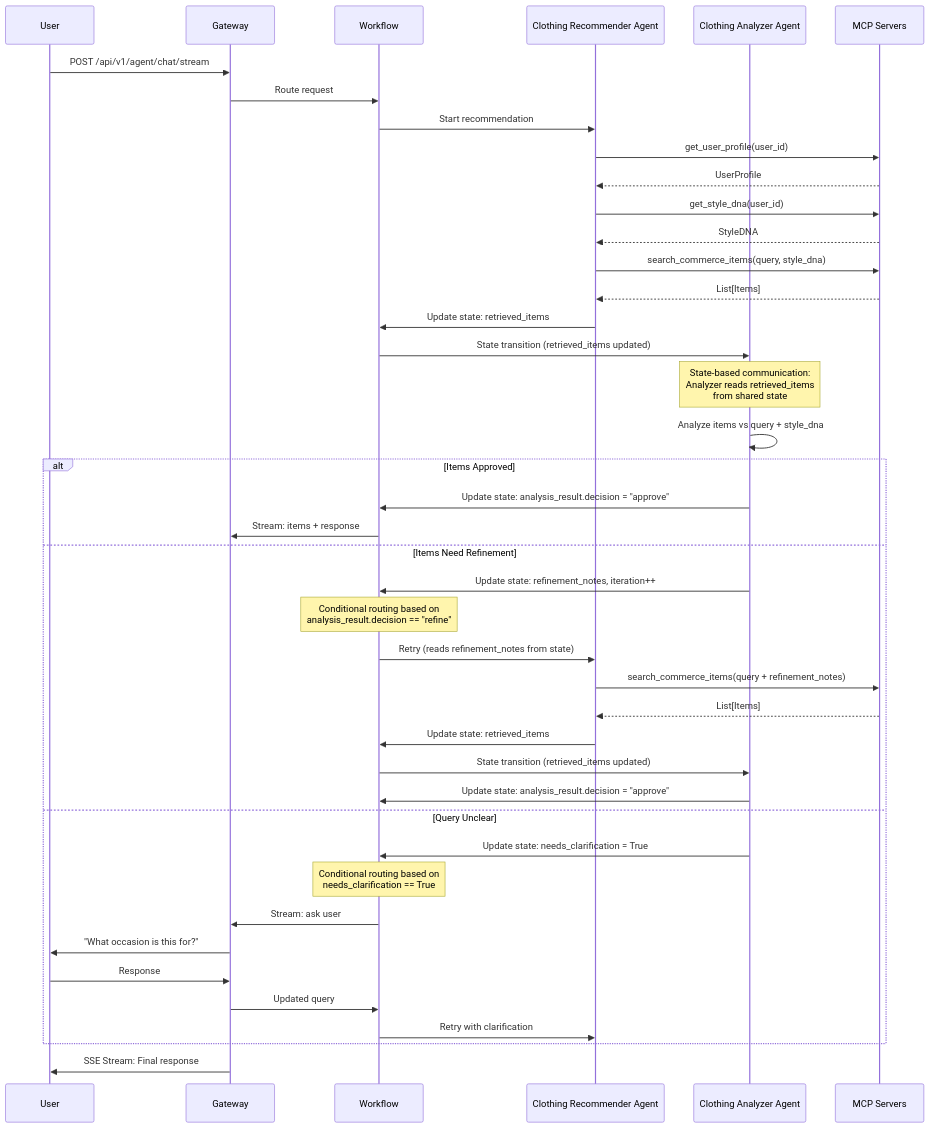
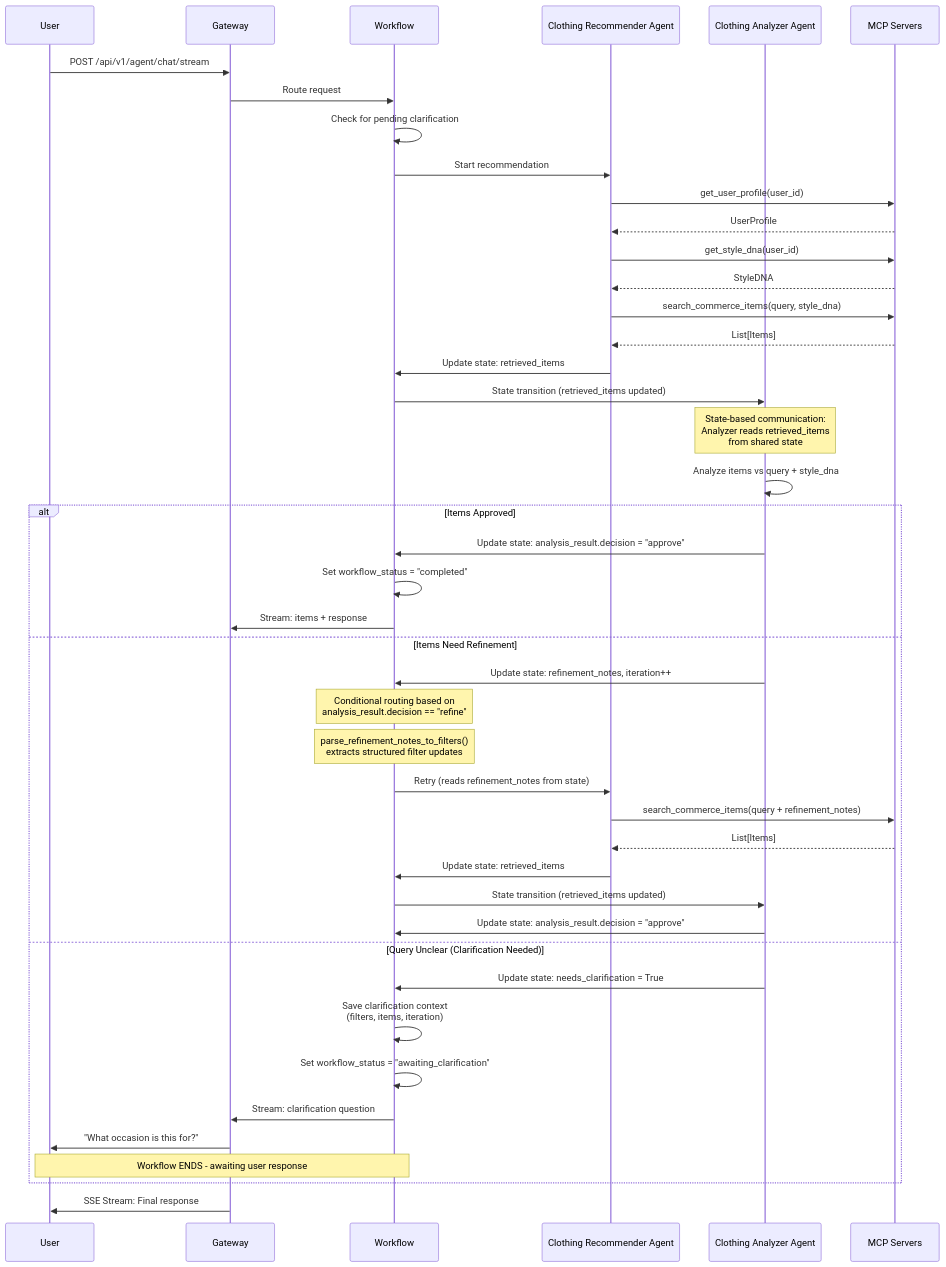
The fourth of 9 diagrams in python_engine/docs/MULTI_AGENT_FLOW_DIAGRAM.md (brscn2/aesthetiq), drawn with Mermaid before and after one commit. The commit also changed other lines of this file and 11 other files, not shown here.

````diff
--- a/python_engine/docs/MULTI_AGENT_FLOW_DIAGRAM.md
+++ b/python_engine/docs/MULTI_AGENT_FLOW_DIAGRAM.md
@@ -149,53 +186,55 @@
 ```mermaid
 sequenceDiagram
     participant User
     participant Gateway
     participant Workflow
     participant Recommender as Clothing Recommender Agent
     participant Analyzer as Clothing Analyzer Agent
     participant MCP as MCP Servers
     
     User->>Gateway: POST /api/v1/agent/chat/stream
     Gateway->>Workflow: Route request
+    Workflow->>Workflow: Check for pending clarification
     Workflow->>Recommender: Start recommendation
     
     Recommender->>MCP: get_user_profile(user_id)
     MCP-->>Recommender: UserProfile
     
     Recommender->>MCP: get_style_dna(user_id)
     MCP-->>Recommender: StyleDNA
     
     Recommender->>MCP: search_commerce_items(query, style_dna)
     MCP-->>Recommender: List[Items]
     
     Recommender->>Workflow: Update state: retrieved_items
     
     Workflow->>Analyzer: State transition (retrieved_items updated)
     Note over Analyzer: State-based communication:<br/>Analyzer reads retrieved_items<br/>from shared state
     
     Analyzer->>Analyzer: Analyze items vs query + style_dna
     
     alt Items Approved
         Analyzer->>Workflow: Update state: analysis_result.decision = "approve"
+        Workflow->>Workflow: Set workflow_status = "completed"
         Workflow->>Gateway: Stream: items + response
     else Items Need Refinement
         Analyzer->>Workflow: Update state: refinement_notes, iteration++
         Note over Workflow: Conditional routing based on<br/>analysis_result.decision == "refine"
+        Note over Workflow: parse_refinement_notes_to_filters()<br/>extracts structured filter updates
         Workflow->>Recommender: Retry (reads refinement_notes from state)
         Recommender->>MCP: search_commerce_items(query + refinement_notes)
         MCP-->>Recommender: List[Items]
         Recommender->>Workflow: Update state: retrieved_items
         Workflow->>Analyzer: State transition (retrieved_items updated)
         Analyzer->>Workflow: Update state: analysis_result.decision = "approve"
-    else Query Unclear
+    else Query Unclear (Clarification Needed)
         Analyzer->>Workflow: Update state: needs_clarification = True
-        Note over Workflow: Conditional routing based on<br/>needs_clarification == True
-        Workflow->>Gateway: Stream: ask user
+        Workflow->>Workflow: Save clarification context<br/>(filters, items, iteration)
+        Workflow->>Workflow: Set workflow_status = "awaiting_clarification"
+        Workflow->>Gateway: Stream: clarification question
         Gateway->>User: "What occasion is this for?"
-        User->>Gateway: Response
-        Gateway->>Workflow: Updated query
-        Workflow->>Recommender: Retry with clarification
+        Note over User,Workflow: Workflow ENDS - awaiting user response
     end
     
     Gateway->>User: SSE Stream: Final response
 ```
````
